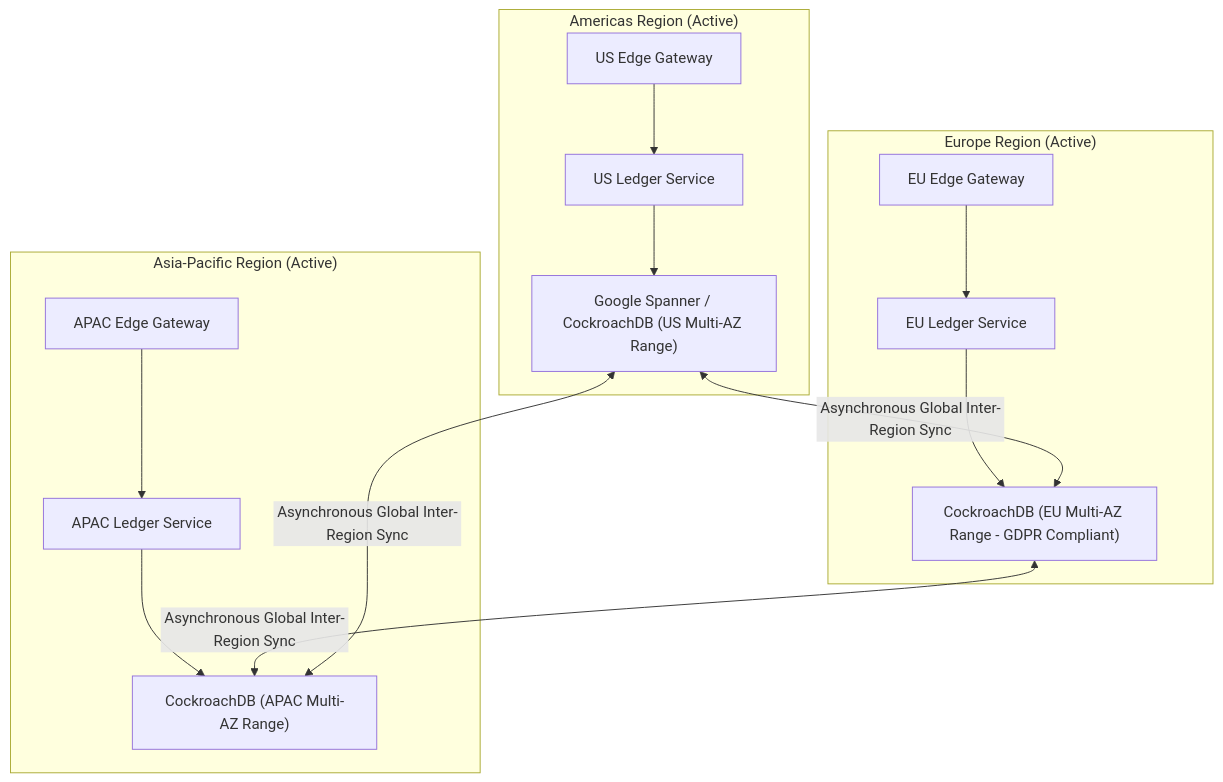
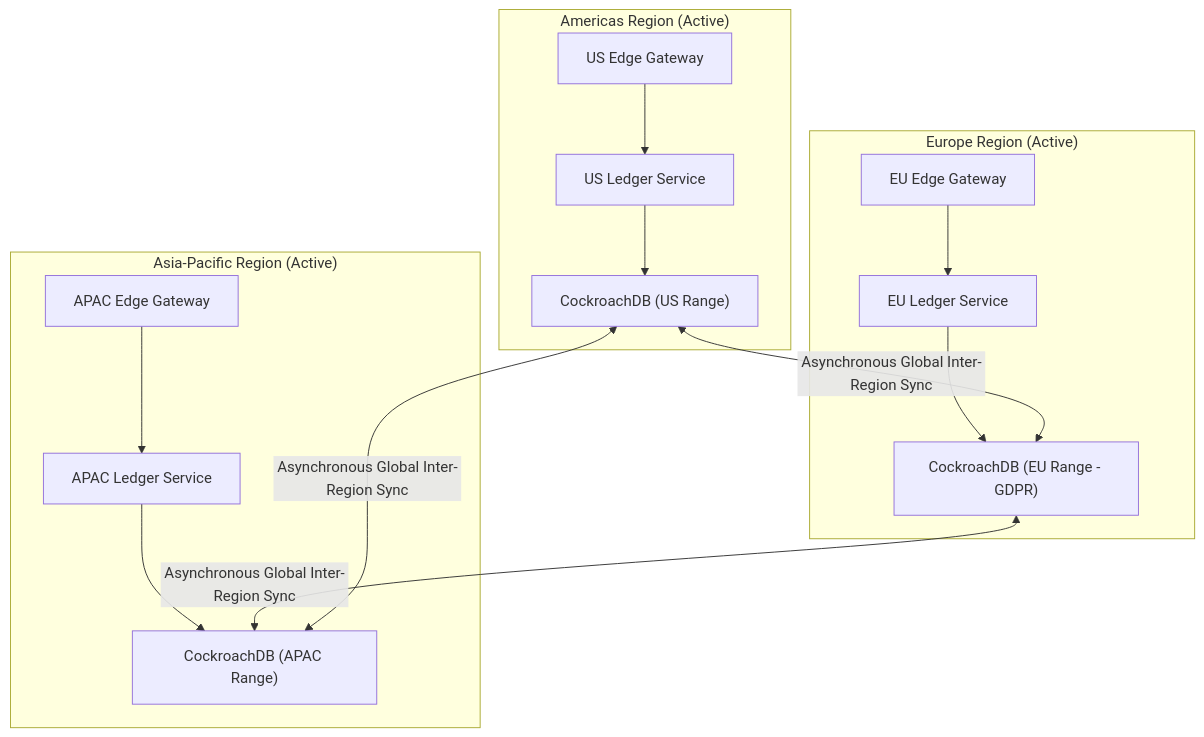
One commit to Sourav108/strivers-lld changed the diagram in strivers-hld/19-Interview-Problems-Staff-Scope/03-Global-Active-Active-Payments-Ledger/README.md. Above: the diagram before and after it, drawn with Mermaid. The commit also changed 39 other files, not shown here.

Commit message:
fix(mermaid): wrap node labels, simplify diamonds, and reformat wide diagrams for perfect GitHub rendering

````diff
--- a/strivers-hld/19-Interview-Problems-Staff-Scope/03-Global-Active-Active-Payments-Ledger/README.md
+++ b/strivers-hld/19-Interview-Problems-Staff-Scope/03-Global-Active-Active-Payments-Ledger/README.md
@@ -5,21 +5,21 @@
 ```mermaid
 flowchart TD
     subgraph US_Region["Americas Region (Active)"]
         US_GW["US Edge Gateway"] --> US_Ledger["US Ledger Service"]
-        US_Ledger --> US_Spanner["Google Spanner / CockroachDB (US Multi-AZ Range)"]
+        US_Ledger --> US_Spanner["CockroachDB (US Range)"]
     end
 
     subgraph EU_Region["Europe Region (Active)"]
         EU_GW["EU Edge Gateway"] --> EU_Ledger["EU Ledger Service"]
-        EU_Ledger --> EU_Spanner["CockroachDB (EU Multi-AZ Range - GDPR Compliant)"]
+        EU_Ledger --> EU_Spanner["CockroachDB (EU Range - GDPR)"]
     end
 
     subgraph APAC_Region["Asia-Pacific Region (Active)"]
         APAC_GW["APAC Edge Gateway"] --> APAC_Ledger["APAC Ledger Service"]
-        APAC_Ledger --> APAC_Spanner["CockroachDB (APAC Multi-AZ Range)"]
+        APAC_Ledger --> APAC_Spanner["CockroachDB (APAC Range)"]
     end
 
     US_Spanner <-->|Asynchronous Global Inter-Region Sync| EU_Spanner
     EU_Spanner <-->|Asynchronous Global Inter-Region Sync| APAC_Spanner
     APAC_Spanner <-->|Asynchronous Global Inter-Region Sync| US_Spanner
 ```
````
